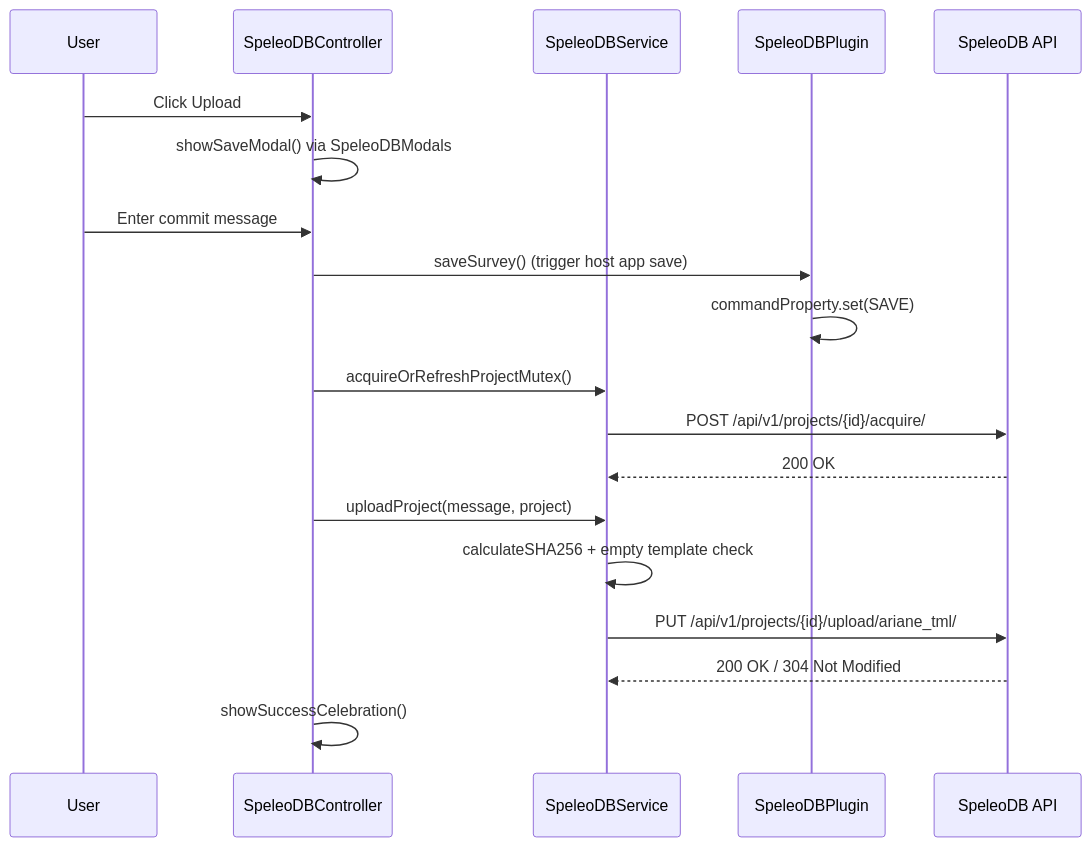
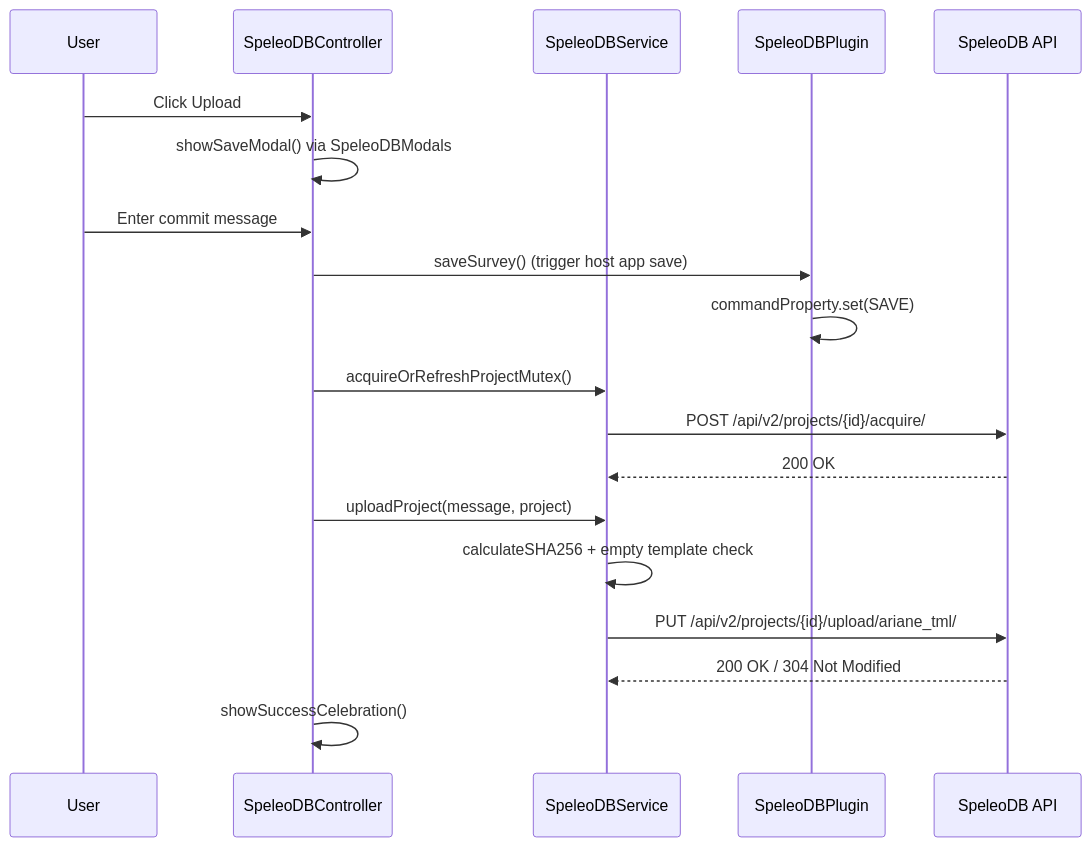
One commit to OpenSpeleo/org.speleodb.ariane.plugin.speleodb changed the third of 4 diagrams in docs/architecture.md. Above: the diagram before and after it, drawn with Mermaid. The commit also changed other lines of this file and 25 other files, not shown here.

````diff
--- a/docs/architecture.md
+++ b/docs/architecture.md
@@ -108,22 +108,22 @@
 ```mermaid
 sequenceDiagram
     participant User
     participant Controller as SpeleoDBController
     participant Service as SpeleoDBService
     participant Plugin as SpeleoDBPlugin
     participant API as SpeleoDB API
 
     User->>Controller: Click Upload
     Controller->>Controller: showSaveModal() via SpeleoDBModals
     User->>Controller: Enter commit message
     Controller->>Plugin: saveSurvey() (trigger host app save)
     Plugin->>Plugin: commandProperty.set(SAVE)
     Controller->>Service: acquireOrRefreshProjectMutex()
-    Service->>API: POST /api/v1/projects/{id}/acquire/
+    Service->>API: POST /api/v2/projects/{id}/acquire/
     API-->>Service: 200 OK
     Controller->>Service: uploadProject(message, project)
     Service->>Service: calculateSHA256 + empty template check
-    Service->>API: PUT /api/v1/projects/{id}/upload/ariane_tml/
+    Service->>API: PUT /api/v2/projects/{id}/upload/ariane_tml/
     API-->>Service: 200 OK / 304 Not Modified
     Controller->>Controller: showSuccessCelebration()
 ```
````
